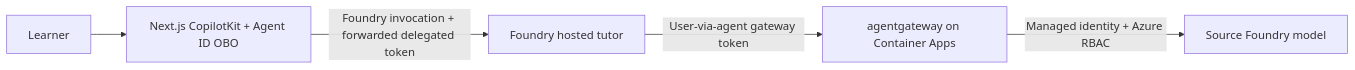
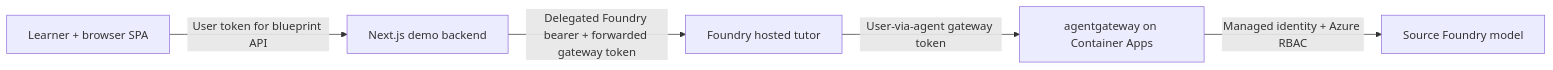
One commit to ikhemissi/foundry-agent-with-agentgateway-gateway changed the second of 5 diagrams in README.md. Above: the diagram before and after it, drawn with Mermaid. The commit also changed other lines of this file, not shown here.

First line of the commit message:
docs: refresh architecture and live validation status

````diff
--- a/README.md
+++ b/README.md
@@ -57,12 +69,12 @@
 ```mermaid
 flowchart LR
-    User["Learner"]
-    Backend["Next.js CopilotKit + Agent ID OBO"]
+    User["Learner + browser SPA"]
+    Backend["Next.js demo backend"]
     Hosted["Foundry hosted tutor"]
     Gateway["agentgateway on Container Apps"]
     Model["Source Foundry model"]
-    User --> Backend
-    Backend -->|"Foundry invocation + forwarded delegated token"| Hosted
+    User -->|"User token for blueprint API"| Backend
+    Backend -->|"Delegated Foundry bearer + forwarded gateway token"| Hosted
     Hosted -->|"User-via-agent gateway token"| Gateway
     Gateway -->|"Managed identity + Azure RBAC"| Model
 ```
````
